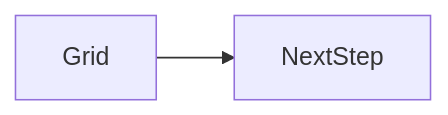
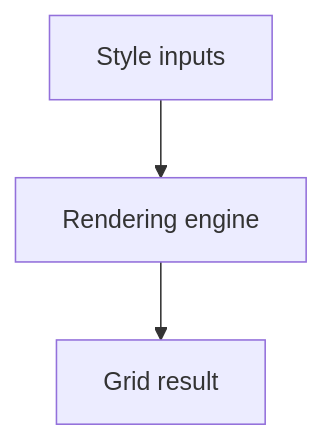
The second of 2 diagrams in docs/en/05-css/grid/index.md (OmidJavaherii/Frontend-Engineering-Handbook), drawn with Mermaid before and after one commit. The commit also changed other lines of this file and 461 other files, not shown here.

````diff
--- a/docs/en/05-css/grid/index.md
+++ b/docs/en/05-css/grid/index.md
@@ -95,4 +115,5 @@
 ```mermaid
-flowchart LR
-  concept[Grid] --> nextStep[NextStep]
+flowchart TD
+  Input[Style inputs] --> Engine[Rendering engine]
+  Engine --> Out[Grid result]
 ```
````
